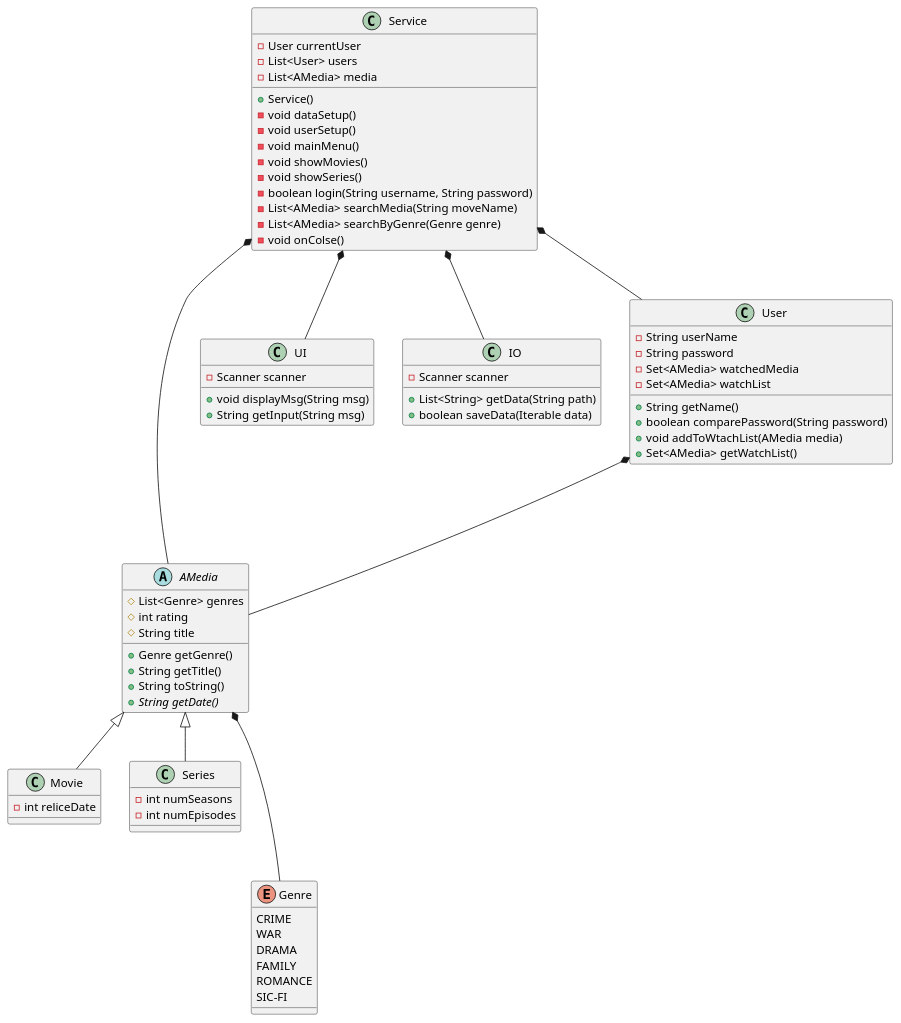
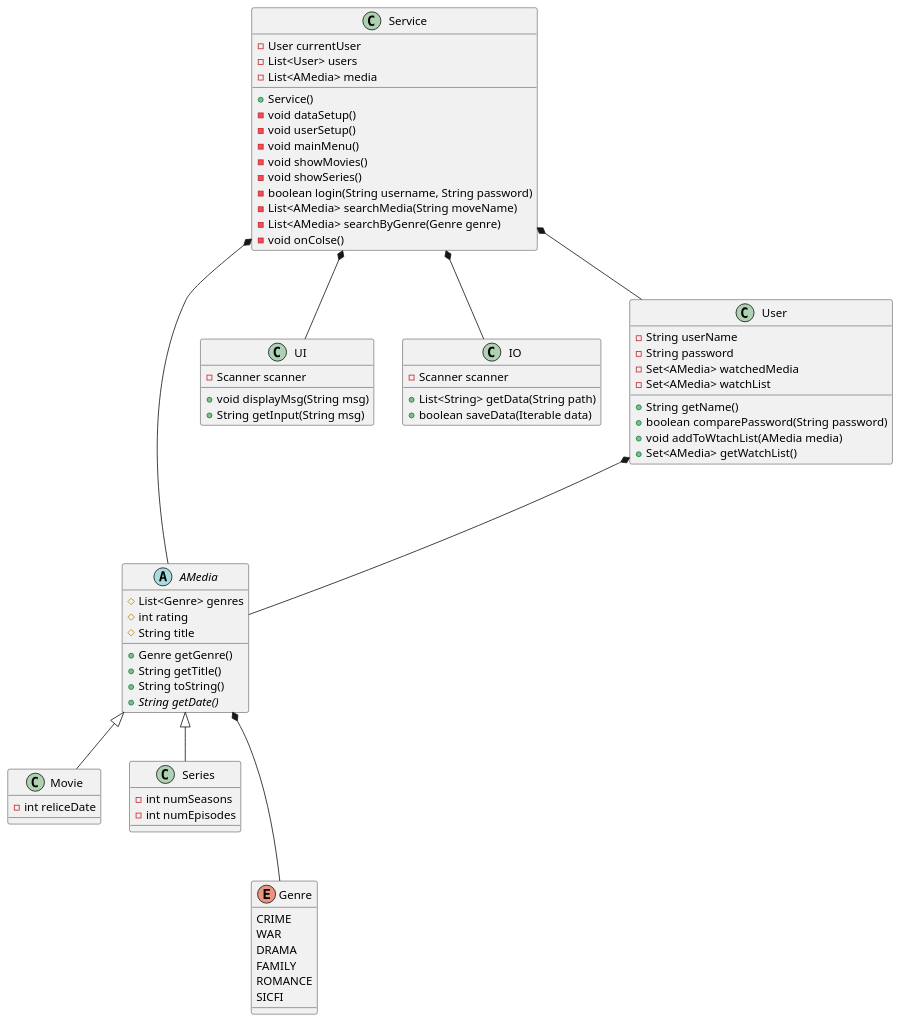
Before and after one commit to Laumh-exe/sp3: the diagram in doc/classDiagra.puml, drawn with PlantUML.

```diff
--- a/doc/classDiagra.puml
+++ b/doc/classDiagra.puml
@@ -1,90 +1,90 @@
 @startuml
 abstract class AMedia{
 	# List<Genre> genres
 	# int rating
     # String title
 
     + Genre getGenre()
     + String getTitle()
     + String toString()
     {abstract} + String getDate()
 }
 
 class Movie{
 	- int reliceDate
 }
 
 class Series{
 	- int numSeasons
 	- int numEpisodes	
 }
 
 class UI {
     - Scanner scanner
 	+ void displayMsg(String msg)
 	+ String getInput(String msg)
 }
 
 class IO{
     - Scanner scanner
 	+ List<String> getData(String path)
 	+ boolean saveData(Iterable data)
 }
 
 class User{
     - String userName
     - String password
     - Set<AMedia> watchedMedia
     - Set<AMedia> watchList
     + String getName()
     + boolean comparePassword(String password)
     + void addToWtachList(AMedia media)
     + Set<AMedia> getWatchList()
 }
 
 class Service{
     - User currentUser
 	- List<User> users
 	- List<AMedia> media
 	
     + Service()
     - void dataSetup()
     - void userSetup()
     - void mainMenu() 
     - void showMovies()
     - void showSeries()
 	- boolean login(String username, String password)
     - List<AMedia> searchMedia(String moveName)
     - List<AMedia> searchByGenre(Genre genre)
     - void onColse()
 }
 note left of Service::setup
     userlogin / create user
 end note
 
 note left of Service::mainMainu
     This is the main loop of the programSS
 end note
 
 enum Genre{
     CRIME
     WAR
     DRAMA
     FAMILY
     ROMANCE
-    SIC-FI
+    SICFI
 }
 
 Service *-- AMedia
 Service *-- User
 Service *-- UI
 Service *-- IO
 
 AMedia *--- Genre
 
 User *--- AMedia
 
 
 AMedia <|-- Movie
 AMedia <|-- Series
 @enduml
```
